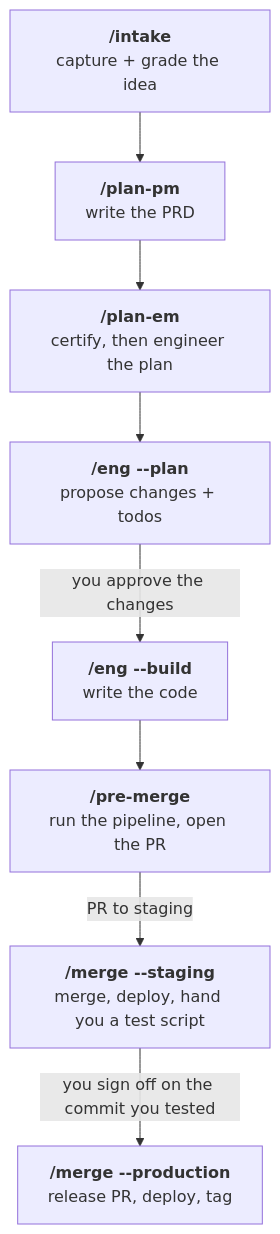
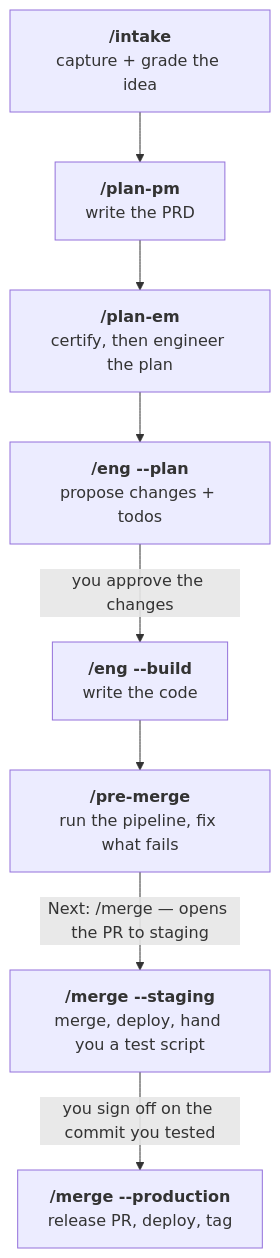
The diagram in README.md (ndisisnd/msg), drawn with Mermaid before and after one commit. The commit also changed other lines of this file and 30 other files, not shown here.

First line of the commit message:
✨ feat(v6.0.0-pre-merge): stays local, sets itself up, finds its PRD, tags critical tests by itself

````diff
--- a/README.md
+++ b/README.md
@@ -104,17 +104,17 @@
 ```mermaid
 flowchart TD
     intake["<b>/intake</b><br/>capture + grade the idea"]
     pm["<b>/plan-pm</b><br/>write the PRD"]
     em["<b>/plan-em</b><br/>certify, then engineer the plan"]
     plan["<b>/eng --plan</b><br/>propose changes + todos"]
     build["<b>/eng --build</b><br/>write the code"]
-    pre["<b>/pre-merge</b><br/>run the pipeline, open the PR"]
+    pre["<b>/pre-merge</b><br/>run the pipeline, fix what fails"]
     stg["<b>/merge --staging</b><br/>merge, deploy, hand you a test script"]
     prod["<b>/merge --production</b><br/>release PR, deploy, tag"]
 
     intake --> pm --> em --> plan
     plan -->|you approve the changes| build
     build --> pre
-    pre -->|PR to staging| stg
+    pre -->|Next: /merge — opens the PR to staging| stg
     stg -->|you sign off on the commit you tested| prod
 ```
````
